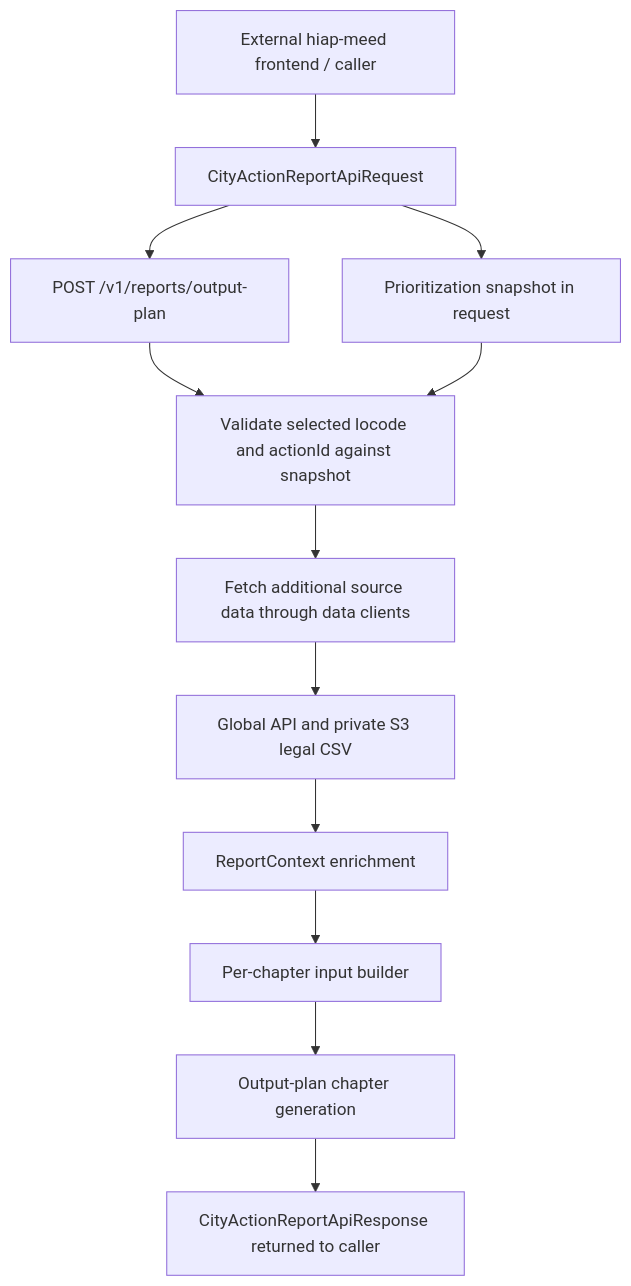
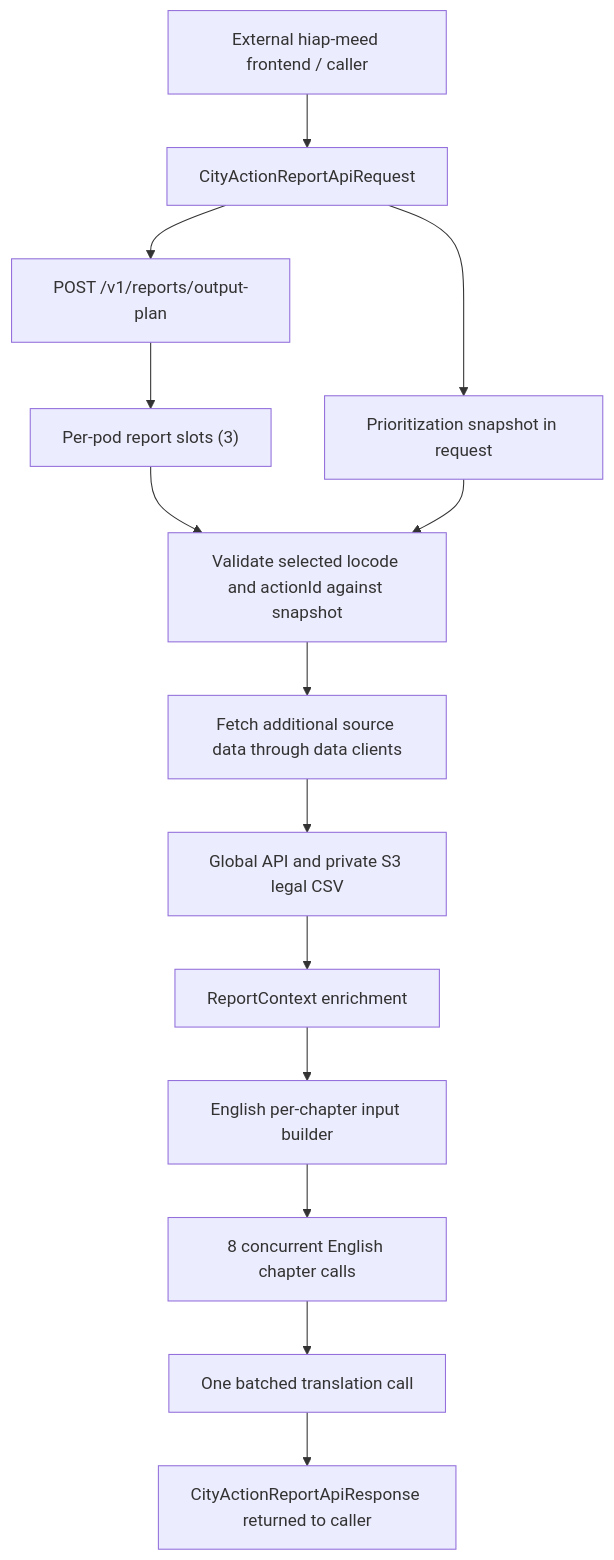
Before and after one commit to Open-Earth-Foundation/CityCatalyst: the second of 4 diagrams in hiap-meed/docs/service-architecture.md, drawn with Mermaid. The commit also changed other lines of this file and 18 other files, not shown here.

Commit message:
feat: parallelize plan creation llm calls

````diff
--- a/hiap-meed/docs/service-architecture.md
+++ b/hiap-meed/docs/service-architecture.md
@@ -45,26 +45,30 @@
 ```mermaid
 graph TD
     FE["External hiap-meed frontend / caller"]
     Request["CityActionReportApiRequest"]
     Snapshot["Prioritization snapshot in request"]
     Router["POST /v1/reports/output-plan"]
     Validate["Validate selected locode and actionId against snapshot"]
     Fetch["Fetch additional source data through data clients"]
     Sources["Global API and private S3 legal CSV"]
     Context["ReportContext enrichment"]
-    ChapterInputs["Per-chapter input builder"]
-    LLM["Output-plan chapter generation"]
+    Queue["Per-pod report slots (3)"]
+    ChapterInputs["English per-chapter input builder"]
+    LLM["8 concurrent English chapter calls"]
+    Translate["One batched translation call"]
     Response["CityActionReportApiResponse returned to caller"]
 
     FE --> Request
     Request --> Snapshot
     Request --> Router
-    Router --> Validate
+    Router --> Queue
+    Queue --> Validate
     Snapshot --> Validate
     Validate --> Fetch
     Fetch --> Sources
     Sources --> Context
     Context --> ChapterInputs
     ChapterInputs --> LLM
-    LLM --> Response
+    LLM --> Translate
+    Translate --> Response
 ```
````
